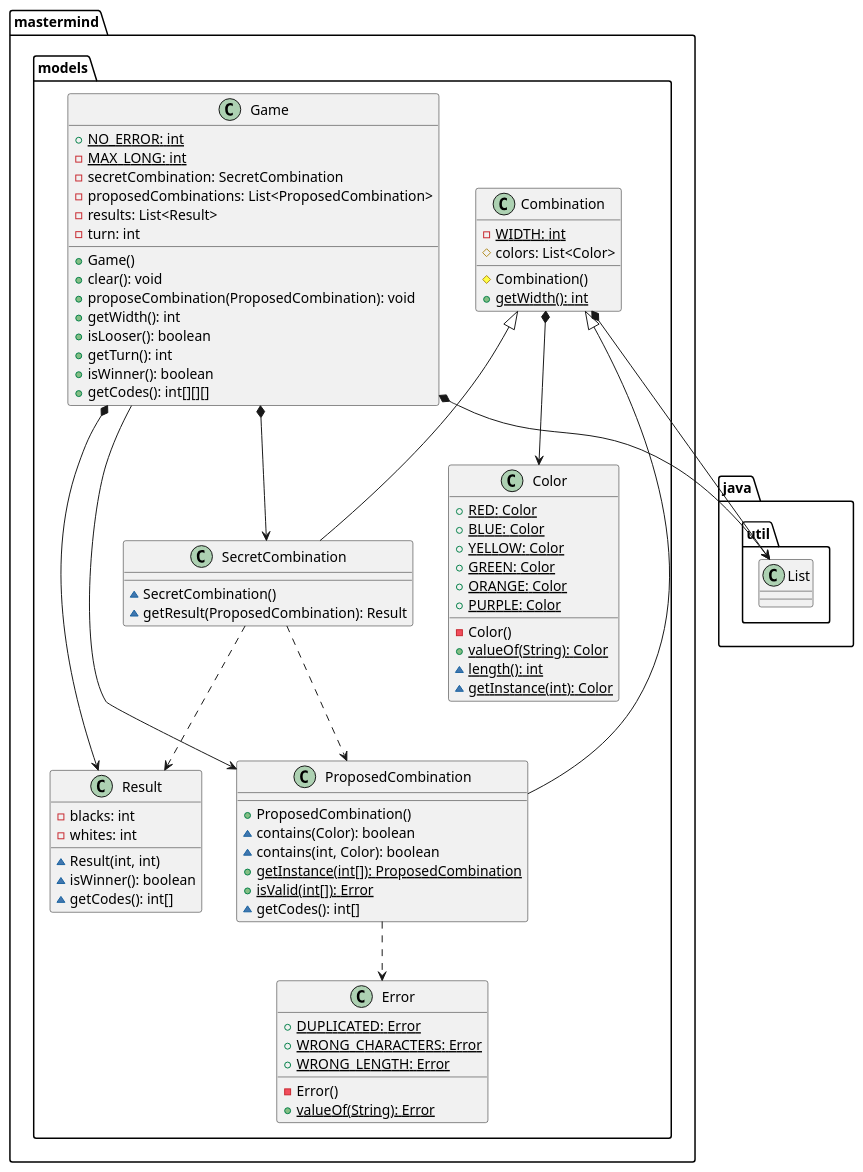
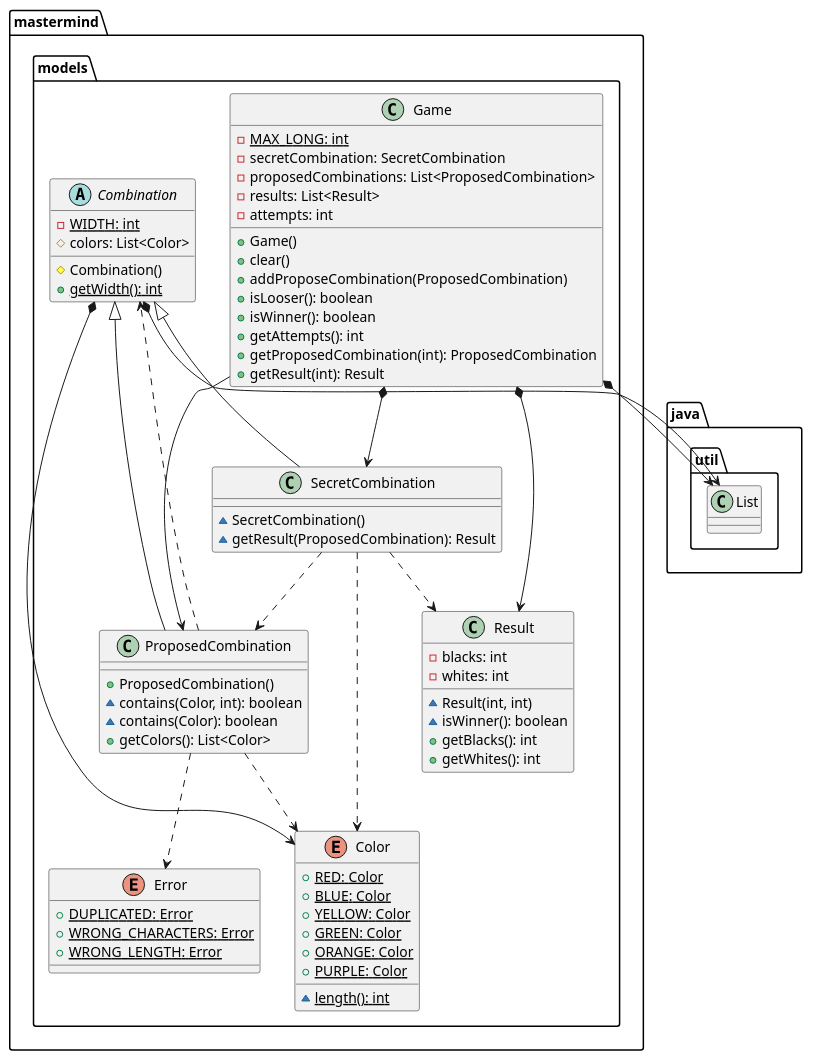
One commit to SantaTecla-mastermind/solution.java.swing.socket.sql changed the third of 4 diagrams in documentView/console/docs/diagrams/src/paquetes.plantuml. Above: the diagram before and after it, drawn with PlantUML. The commit also changed other lines of this file, not shown here.

Commit message:
Modificado el plantuml

```diff
--- a/documentView/console/docs/diagrams/src/paquetes.plantuml
+++ b/documentView/console/docs/diagrams/src/paquetes.plantuml
@@ -122,79 +122,76 @@
 @startuml mastermind.models
-class  mastermind.models.Color{
+enum  mastermind.models.Color{
 + {static} RED: Color
 + {static} BLUE: Color
 + {static} YELLOW: Color
 + {static} GREEN: Color
 + {static} ORANGE: Color
 + {static} PURPLE: Color
-- Color()
-+ {static} valueOf(String): Color
 ~ {static} length(): int
-~ {static} getInstance(int): Color
 }
 
-class  mastermind.models.Combination{
+abstract class  mastermind.models.Combination{
 - {static} WIDTH: int
 # colors: List<Color>
 # Combination()
 + {static} getWidth(): int
 }
 mastermind.models.Combination *-down-> java.util.List
 mastermind.models.Combination *-down-> mastermind.models.Color
 
-class  mastermind.models.Error{
+enum  mastermind.models.Error{
 + {static} DUPLICATED: Error
 + {static} WRONG_CHARACTERS: Error
 + {static} WRONG_LENGTH: Error
-- Error()
-+ {static} valueOf(String): Error
 }
 
 class  mastermind.models.Game{
-+ {static} NO_ERROR: int
 - {static} MAX_LONG: int
 - secretCombination: SecretCombination
 - proposedCombinations: List<ProposedCombination>
 - results: List<Result>
-- turn: int
+- attempts: int
 + Game()
-+ clear(): void
-+ proposeCombination(ProposedCombination): void
-+ getWidth(): int
++ clear()
++ addProposeCombination(ProposedCombination)
 + isLooser(): boolean
-+ getTurn(): int
 + isWinner(): boolean
-+ getCodes(): int[][][]
++ getAttempts(): int
++ getProposedCombination(int): ProposedCombination
++ getResult(int): Result
 }
 mastermind.models.Game *-down-> java.util.List
 mastermind.models.Game *-down-> mastermind.models.SecretCombination
 mastermind.models.Game *-down-> mastermind.models.Result
 mastermind.models.Game --> mastermind.models.ProposedCombination
 
 class  mastermind.models.ProposedCombination{
 + ProposedCombination()
+~ contains(Color, int): boolean
 ~ contains(Color): boolean
-~ contains(int, Color): boolean
-+ {static} getInstance(int[]): ProposedCombination
-+ {static} isValid(int[]): Error
-~ getCodes(): int[]
++ getColors(): List<Color>
 }
 mastermind.models.Combination <|-down- mastermind.models.ProposedCombination
 mastermind.models.ProposedCombination ..> mastermind.models.Error
+mastermind.models.ProposedCombination ..> mastermind.models.Color
 
 class  mastermind.models.Result{
 - blacks: int
 - whites: int
 ~ Result(int, int)
 ~ isWinner(): boolean
-~ getCodes(): int[]
++ getBlacks(): int
++ getWhites(): int
 }
+
+mastermind.models.ProposedCombination ..> mastermind.models.Combination
 
 class  mastermind.models.SecretCombination{
 ~ SecretCombination()
 ~ getResult(ProposedCombination): Result
 }
 mastermind.models.Combination <|-down- mastermind.models.SecretCombination
 mastermind.models.SecretCombination ..> mastermind.models.Result
 mastermind.models.SecretCombination ..> mastermind.models.ProposedCombination
+mastermind.models.SecretCombination ..> mastermind.models.Color
 @enduml
```
